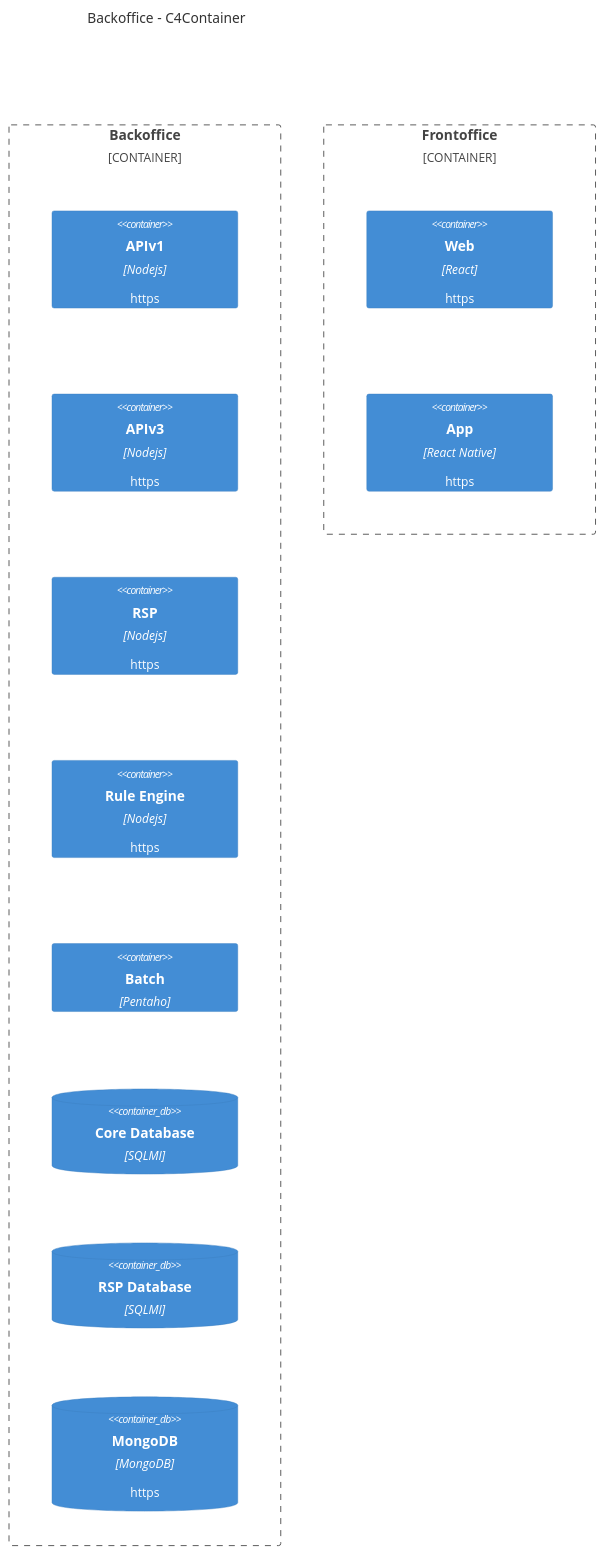
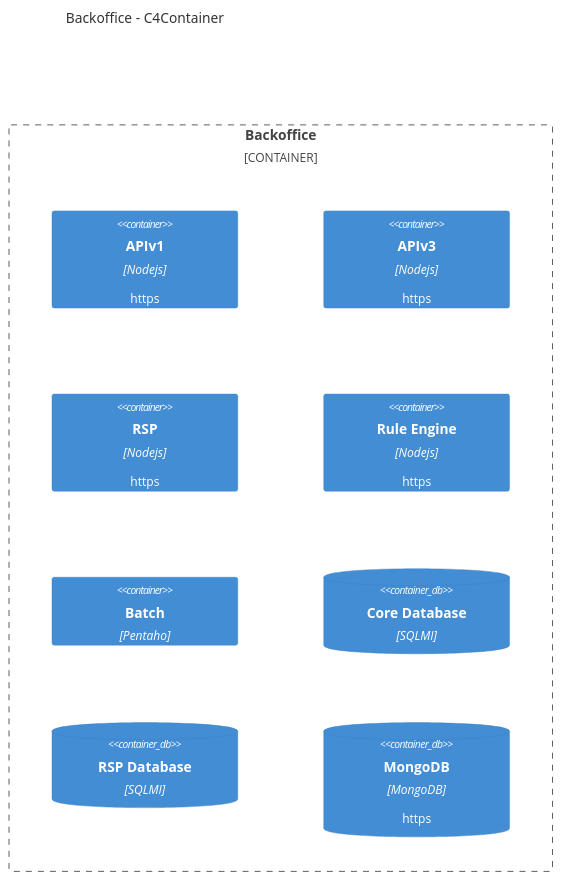
The diagram in c4model/c4.container.mmd (joeycmlam/diagram), drawn with Mermaid before and after one commit.

```diff
--- a/c4model/c4.container.mmd
+++ b/c4model/c4.container.mmd
@@ -1,17 +1,12 @@
 C4Container
     title Backoffice - C4Container
     Container_Boundary(be, "Backoffice") {
         Container(backend_api_v1, "APIv1", "Nodejs", "https")
         Container(backend_api_v3, "APIv3", "Nodejs", "https")
         Container(rsp_api, "RSP", "Nodejs", "https")
         Container(rule_api, "Rule Engine", "Nodejs", "https")
         Container(batch, "Batch", "Pentaho")
         ContainerDb(dbcore, "Core Database", "SQLMI")
         ContainerDb(dbrsp, "RSP Database", "SQLMI")
         ContainerDb(nosql, "MongoDB", "MongoDB", "https")
     }
-
-    Container_Boundary(fe, "Frontoffice") {
-        Container(web, "Web", "React", "https")
-        Container(app, "App", "React Native", "https")
-    }
```
